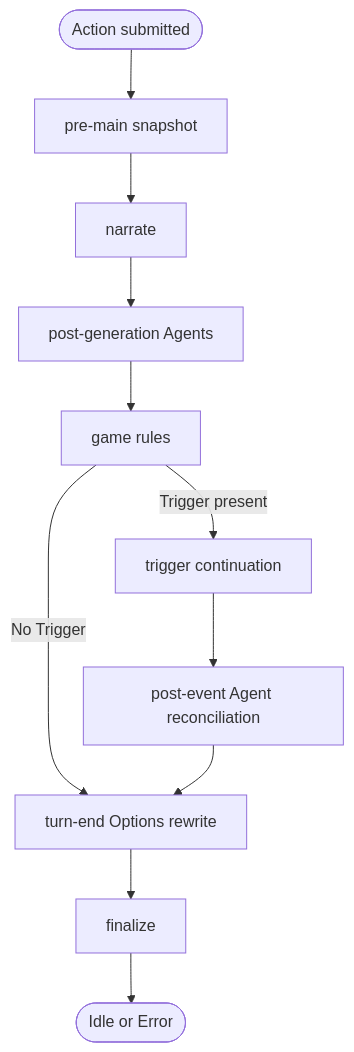
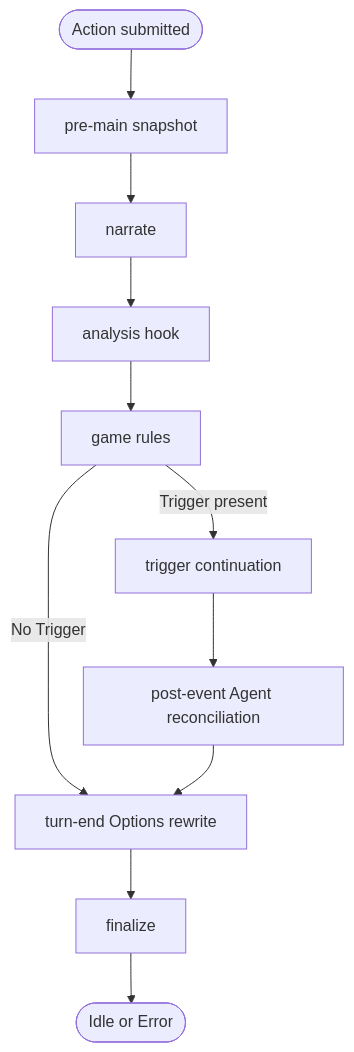
Before and after one commit to notsonormal/chronicler-engine: the diagram in docs/diataxis/reference/game_flow.md, drawn with Mermaid. The commit also changed other lines of this file and 73 other files, not shown here.

````diff
--- a/docs/diataxis/reference/game_flow.md
+++ b/docs/diataxis/reference/game_flow.md
@@ -18,13 +18,13 @@
 ```mermaid
 flowchart TD
     Start([Action submitted]) --> Pre[pre-main snapshot]
     Pre --> Narrate[narrate]
-    Narrate --> PostGen[post-generation Agents]
+    Narrate --> PostGen[analysis hook]
     PostGen --> Commit[game rules]
     Commit -->|Trigger present| Trigger[trigger continuation]
     Commit -->|No Trigger| Options[turn-end Options rewrite]
     Trigger --> Reconcile[post-event Agent reconciliation]
     Reconcile --> Options
     Options --> Finalize[finalize]
     Finalize --> End([Idle or Error])
 ```
````
